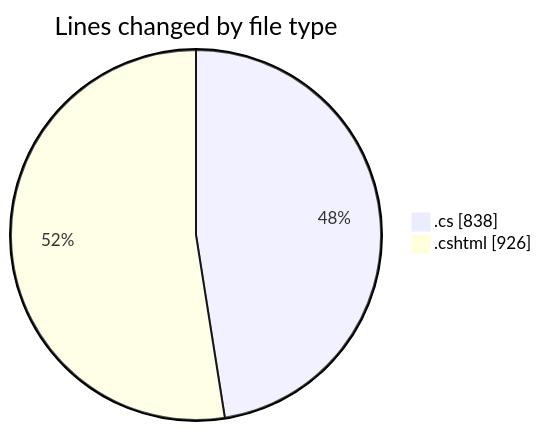
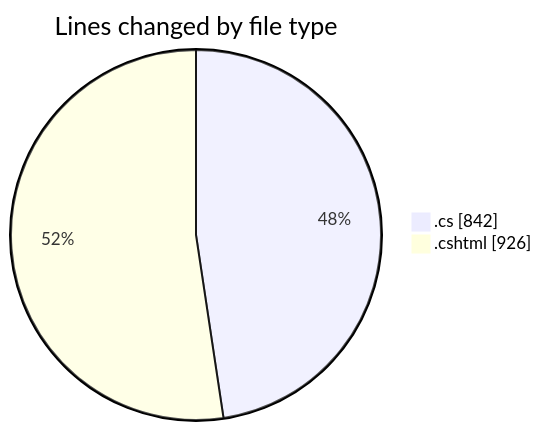
One commit to lephambinh05/code-tracking changed the first of 2 diagrams in 2025-07-22/nhahang/README.md. Above: the diagram before and after it, drawn with Mermaid. The commit also changed other lines of this file and 1 other file, not shown here.

````diff
--- a/2025-07-22/nhahang/README.md
+++ b/2025-07-22/nhahang/README.md
@@ -60,6 +60,6 @@
 ```mermaid
 pie showData
 title Lines changed by file type
-".cs" : 838
+".cs" : 842
 ".cshtml" : 926
 ```
````
